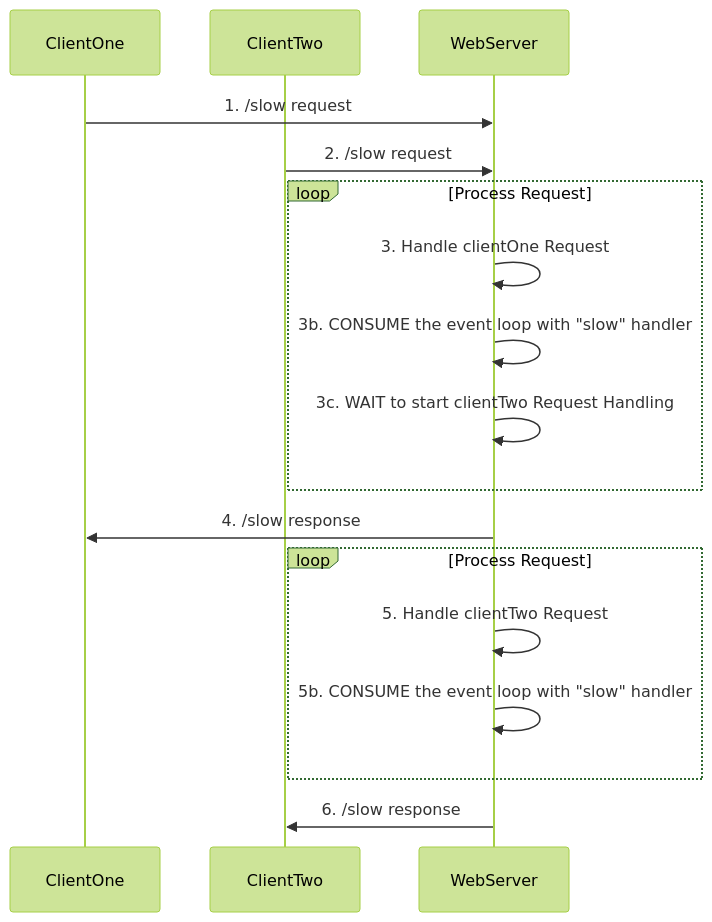
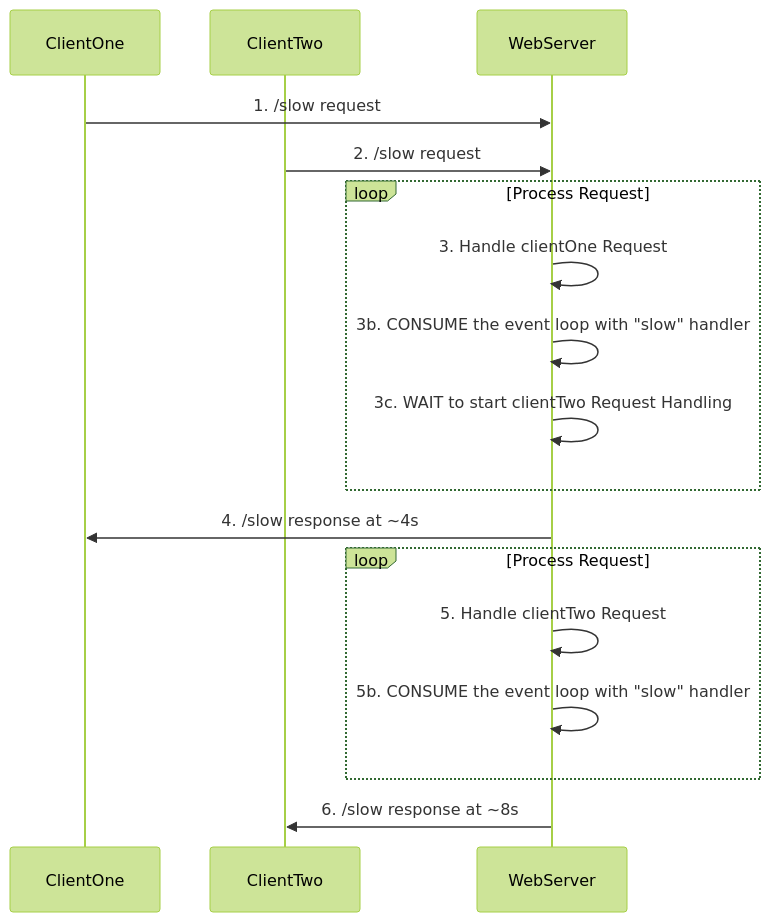
The first of 2 diagrams in content/node/http-server/event-loop-and-servers.md (imagineLife/big-site), drawn with Mermaid (forest theme) before and after one commit. The commit also changed other lines of this file and 5 other files, not shown here.

````diff
--- a/content/node/http-server/event-loop-and-servers.md
+++ b/content/node/http-server/event-loop-and-servers.md
@@ -74,19 +81,19 @@
 ```mermaid
   sequenceDiagram
     participant ClientOne
     participant ClientTwo
     participant WebServer
     ClientOne->>WebServer: 1. /slow request
     ClientTwo->>WebServer: 2. /slow request
     loop Process Request
         WebServer->>WebServer: 3. Handle clientOne Request
         WebServer->>WebServer: 3b. CONSUME the event loop with "slow" handler
         WebServer->>WebServer: 3c. WAIT to start clientTwo Request Handling
     end
-    WebServer->>ClientOne: 4. /slow response
+    WebServer->>ClientOne: 4. /slow response at ~4s
     loop Process Request
         WebServer->>WebServer: 5. Handle clientTwo Request
         WebServer->>WebServer: 5b. CONSUME the event loop with "slow" handler
     end
-    WebServer->>ClientTwo: 6. /slow response
+    WebServer->>ClientTwo: 6. /slow response at ~8s
 ```
````
